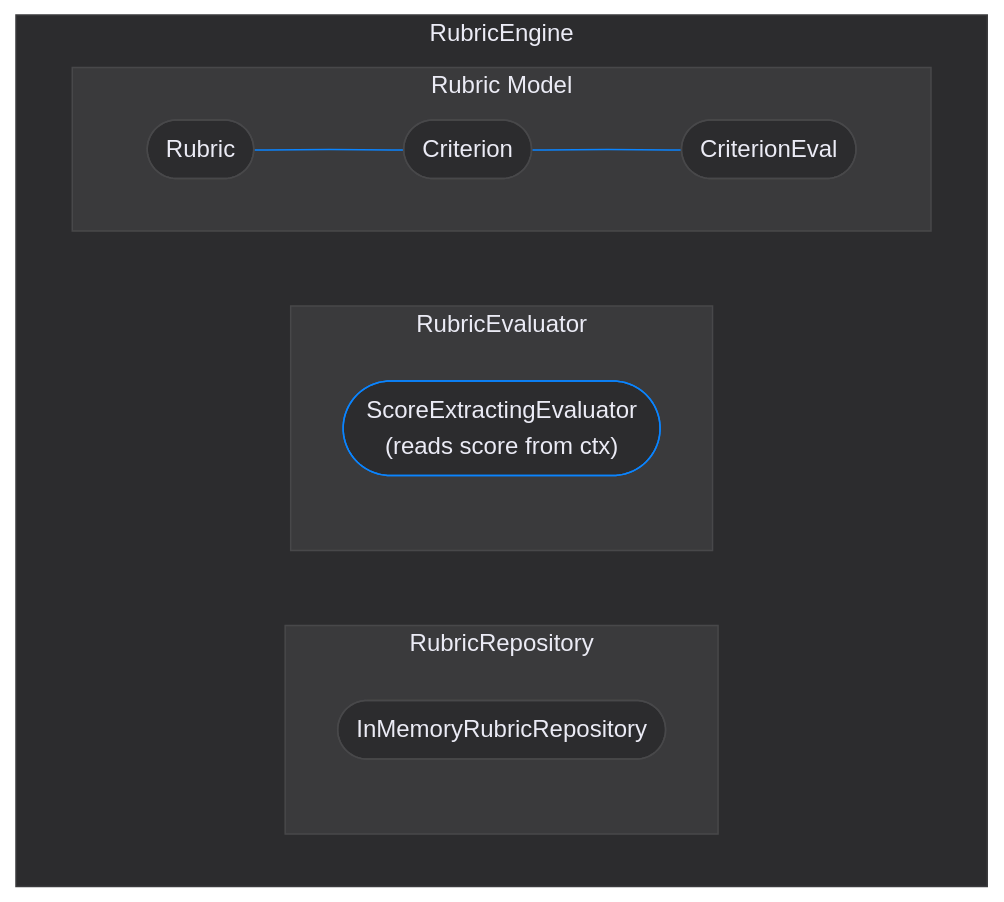
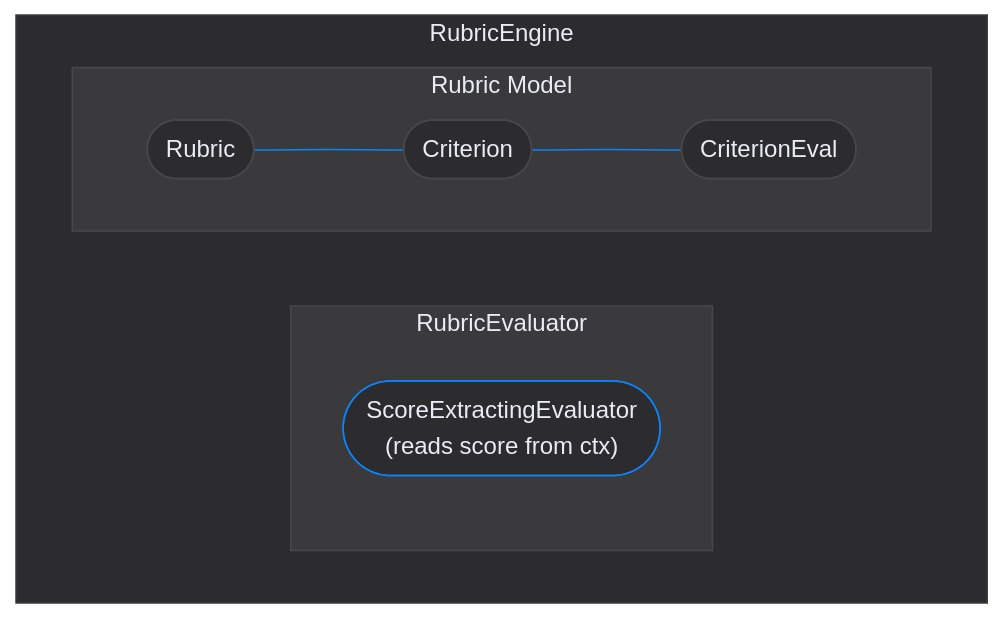
Before and after one commit to hensu-project/hensu: the second of 3 diagrams in hensu-core/README.md, drawn with Mermaid (forest theme). The commit also changed other lines of this file and 72 other files, not shown here.

````diff
--- a/hensu-core/README.md
+++ b/hensu-core/README.md
@@ -112,30 +112,24 @@
 ```mermaid
 flowchart LR
     subgraph engine["RubricEngine"]
         direction LR
-        subgraph repo["RubricRepository"]
-            direction TB
-            inmem(["InMemoryRubricRepository"])
-        end
         subgraph eval["RubricEvaluator"]
             direction TB
             score(["ScoreExtractingEvaluator\n(reads score from ctx)"])
         end
         subgraph model["Rubric Model"]
             direction LR
             rubric(["Rubric"]) ~~~ criterion(["Criterion"]) ~~~ criterionEval(["CriterionEval"])
         end
     end
 
     style engine fill:#2c2c2e, stroke:#3a3a3c, color:#ebebf5, stroke-width:1px
-    style repo fill:#3a3a3c, stroke:#48484a, color:#ebebf5, stroke-width:1px
     style eval fill:#3a3a3c, stroke:#48484a, color:#ebebf5, stroke-width:1px
     style model fill:#3a3a3c, stroke:#48484a, color:#ebebf5, stroke-width:1px
-    style inmem fill:#2c2c2e, stroke:#48484a, color:#ebebf5, stroke-width:1px
     style score fill:#2c2c2e, stroke:#0A84FF, color:#ebebf5, stroke-width:1px
     style rubric fill:#2c2c2e, stroke:#48484a, color:#ebebf5, stroke-width:1px
     style criterion fill:#2c2c2e, stroke:#48484a, color:#ebebf5, stroke-width:1px
     style criterionEval fill:#2c2c2e, stroke:#48484a, color:#ebebf5, stroke-width:1px
 
     linkStyle default stroke:#0A84FF, stroke-width:1px
 ```
````
